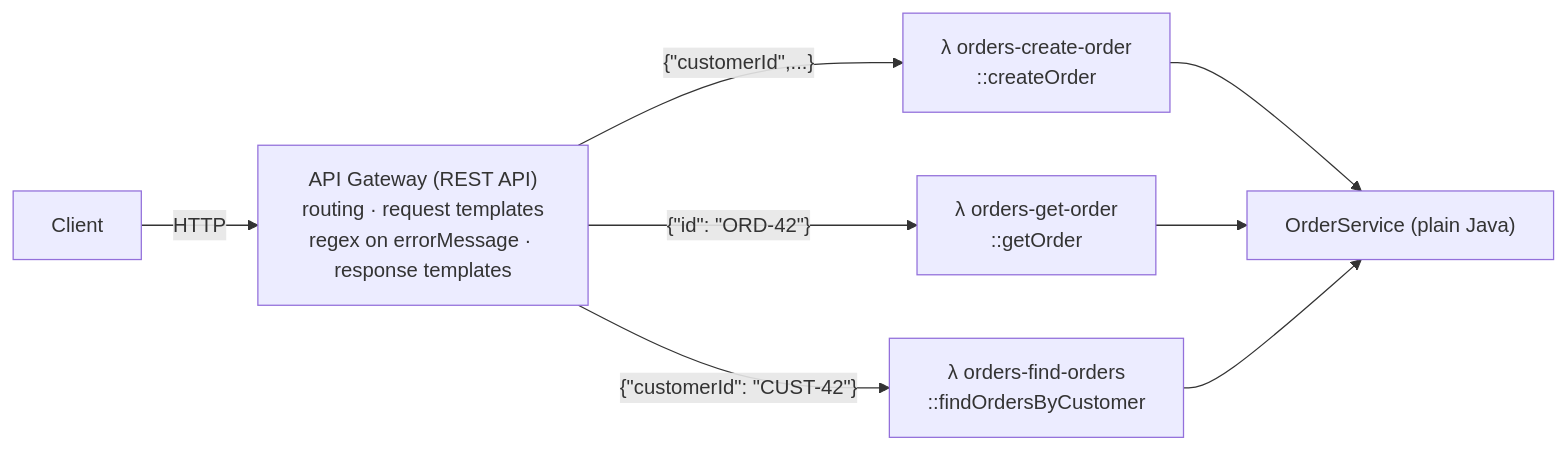
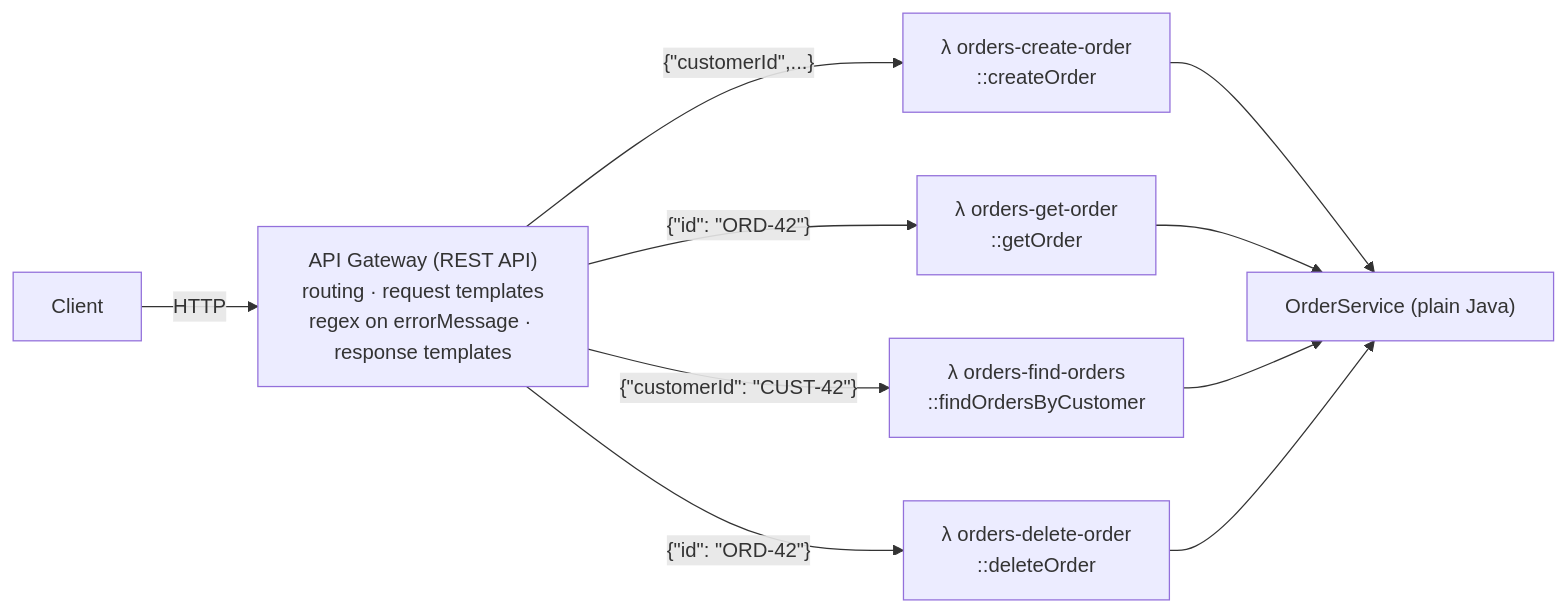
One commit to Valentina-33/orders-api changed the second of 4 diagrams in README.md. Above: the diagram before and after it, drawn with Mermaid. The commit also changed other lines of this file and 15 other files, not shown here.

Commit message:
Add DELETE /orders/{id} to both architectures

````diff
--- a/README.md
+++ b/README.md
@@ -281,8 +282,9 @@
 ```mermaid
 flowchart LR
     C[Client] -->|HTTP| G["API Gateway (REST API)<br/>routing · request templates<br/>regex on errorMessage · response templates"]
     G -->|"{&quot;customerId&quot;,...}"| L1["λ orders-create-order<br/>::createOrder"]
     G -->|"{&quot;id&quot;: &quot;ORD-42&quot;}"| L2["λ orders-get-order<br/>::getOrder"]
     G -->|"{&quot;customerId&quot;: &quot;CUST-42&quot;}"| L3["λ orders-find-orders<br/>::findOrdersByCustomer"]
-    L1 & L2 & L3 --> S["OrderService (plain Java)"]
+    G -->|"{&quot;id&quot;: &quot;ORD-42&quot;}"| L4["λ orders-delete-order<br/>::deleteOrder"]
+    L1 & L2 & L3 & L4 --> S["OrderService (plain Java)"]
 ```
````
